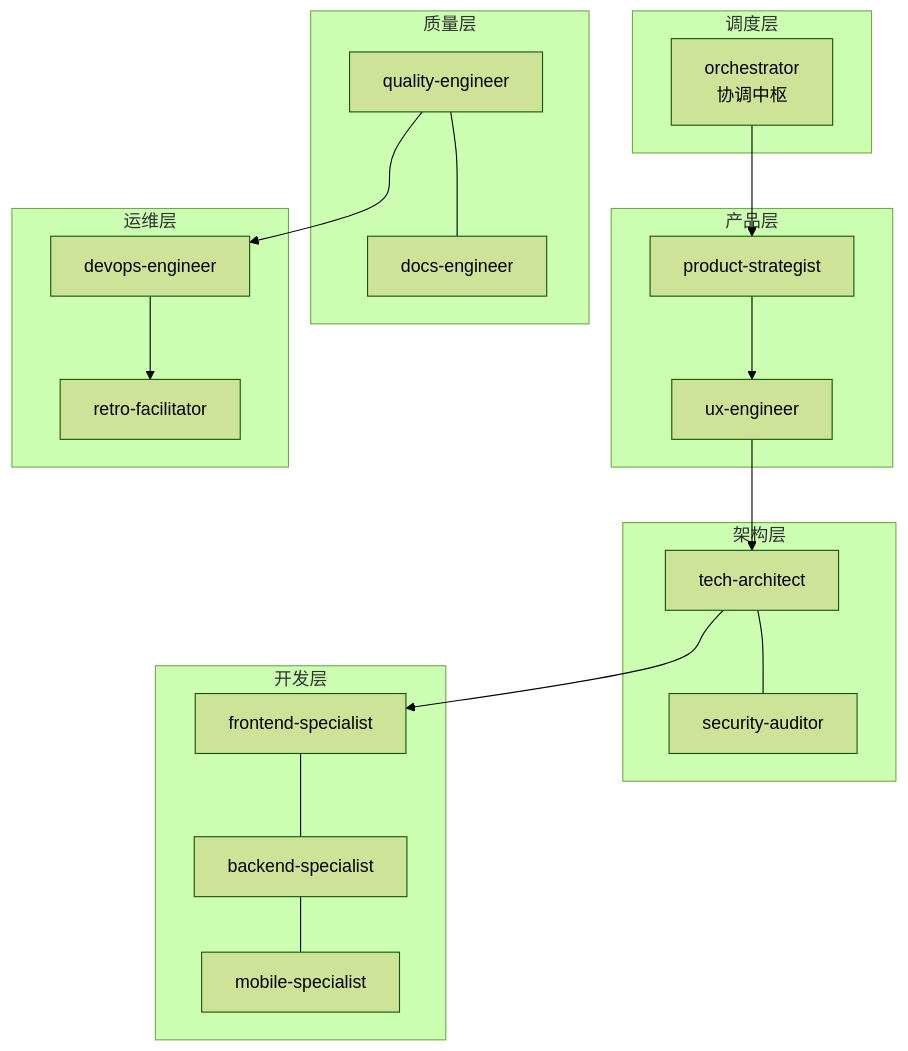
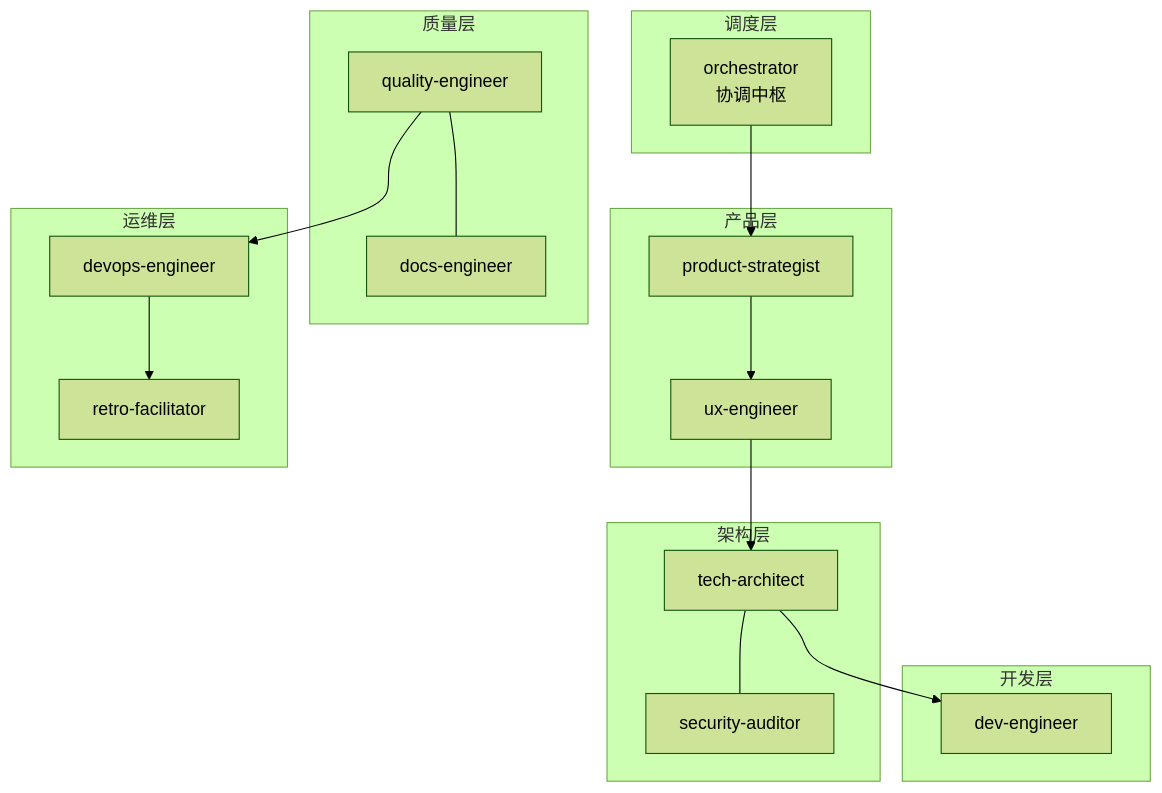
The third of 6 diagrams in skills/orchestrator/SKILL.md (Tooooommy/Trae-Workflow), drawn with Mermaid (forest theme) before and after one commit. The commit also changed other lines of this file and 17 other files, not shown here.

````diff
--- a/skills/orchestrator/SKILL.md
+++ b/skills/orchestrator/SKILL.md
@@ -220,25 +220,25 @@
 ```mermaid
 flowchart TB
     subgraph 调度层
         O[orchestrator<br/>协调中枢]
     end
     subgraph 产品层
         P[product-strategist] --> UX[ux-engineer]
     end
     subgraph 架构层
         TA[tech-architect] --- SA[security-auditor]
     end
     subgraph 开发层
-        FE[frontend-specialist] --- BE[backend-specialist] --- MO[mobile-specialist]
+        DEV[dev-engineer]
     end
     subgraph 质量层
         QE[quality-engineer] --- DO[docs-engineer]
     end
     subgraph 运维层
         DE[devops-engineer] --> RF[retro-facilitator]
     end
     O --> P
     UX --> TA
-    TA --> FE
+    TA --> DEV
     QE --> DE
 ```
````
